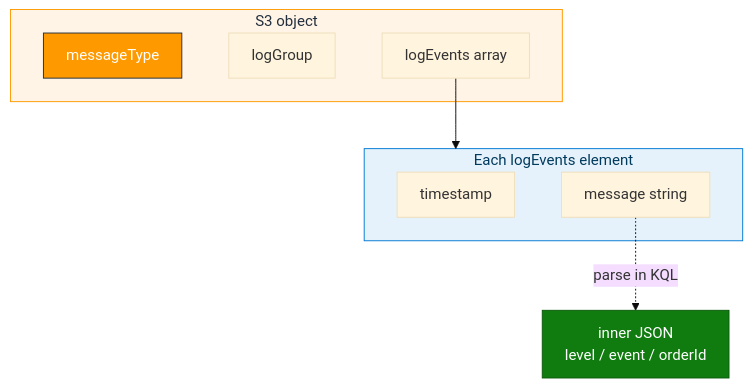
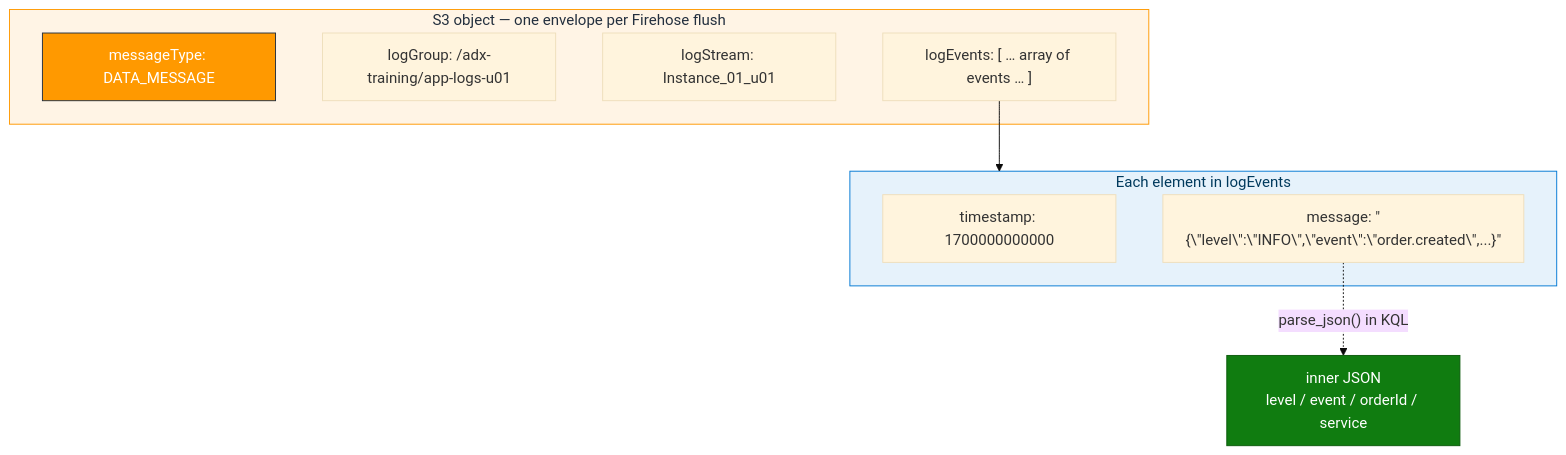
One commit to atingupta2005/adx-aws-training-aug-26 changed the second of 2 diagrams in Module_03_AWS_CloudWatch/03_CloudWatch_to_ADX_Concepts.md. Above: the diagram before and after it, drawn with Mermaid. The commit also changed other lines of this file and 6 other files, not shown here.

````diff
--- a/Module_03_AWS_CloudWatch/03_CloudWatch_to_ADX_Concepts.md
+++ b/Module_03_AWS_CloudWatch/03_CloudWatch_to_ADX_Concepts.md
@@ -79,19 +110,20 @@
 ```mermaid
 %%{init: {"theme":"base","flowchart":{"htmlLabels":true,"padding":12}}}%%
 flowchart TB
-  subgraph s3file [S3 object]
-    MT["messageType"]
-    LG["logGroup"]
-    LE["logEvents array"]
+  subgraph s3file [S3 object — one envelope per Firehose flush]
+    MT["messageType: DATA_MESSAGE"]
+    LGF["logGroup: /adx-training/app-logs-u01"]
+    LST["logStream: Instance_01_u01"]
+    LE["logEvents: [ … array of events … ]"]
   end
-  subgraph event [Each logEvents element]
-    TS["timestamp"]
-    MSG["message string"]
+  subgraph event [Each element in logEvents]
+    TS["timestamp: 1700000000000"]
+    MSG["message: &quot;{&bsol;&quot;level&bsol;&quot;:&bsol;&quot;INFO&bsol;&quot;,&bsol;&quot;event&bsol;&quot;:&bsol;&quot;order.created&bsol;&quot;,...}&quot;"]
   end
   LE --> event
-  MSG -.->|"parse in KQL"| INNER["inner JSON<br/>level / event / orderId"]
+  MSG -.->|"parse_json() in KQL"| INNER["inner JSON<br/>level / event / orderId / service"]
   style s3file fill:#FFF4E5,stroke:#FF9900,color:#232F3E
   style event fill:#E6F2FB,stroke:#0078D4,color:#003A5D
   style MT fill:#FF9900,stroke:#232F3E,color:#fff
   style INNER fill:#107C10,stroke:#0B5A0B,color:#fff
 ```
````
